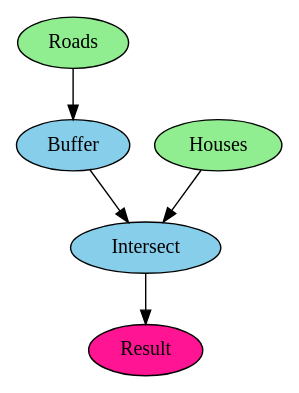
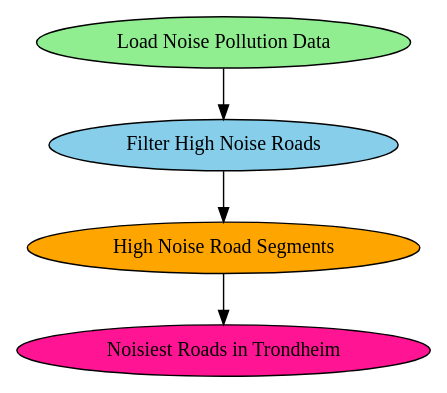
Before and after one commit to oskarhlm/masters-thesis: the diagram in src/langchain/testing/divide_and_conquer/output/filled_colorful_organogram.gv, drawn with Graphviz. The commit also changed 15 other files, not shown here.

```diff
--- a/src/langchain/testing/divide_and_conquer/output/filled_colorful_organogram.gv
+++ b/src/langchain/testing/divide_and_conquer/output/filled_colorful_organogram.gv
@@ -1,11 +1,9 @@
 digraph {
-	Roads [fillcolor=lightgreen style=filled]
-	Houses [fillcolor=lightgreen style=filled]
-	Buffer [fillcolor=skyblue style=filled]
-	Intersect [fillcolor=skyblue style=filled]
-	Result [fillcolor=deeppink style=filled]
-	Roads -> Buffer
-	Houses -> Intersect
-	Buffer -> Intersect
-	Intersect -> Result
+	"Load Noise Pollution Data" [fillcolor=lightgreen style=filled]
+	"Filter High Noise Roads" [fillcolor=skyblue style=filled]
+	"High Noise Road Segments" [fillcolor=orange style=filled]
+	"Noisiest Roads in Trondheim" [fillcolor=deeppink style=filled]
+	"Load Noise Pollution Data" -> "Filter High Noise Roads"
+	"Filter High Noise Roads" -> "High Noise Road Segments"
+	"High Noise Road Segments" -> "Noisiest Roads in Trondheim"
 }
```
